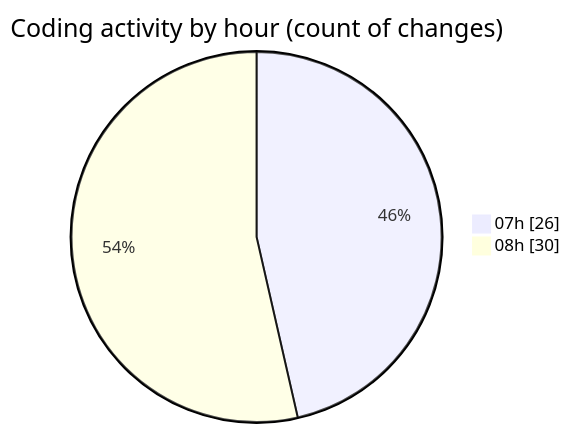
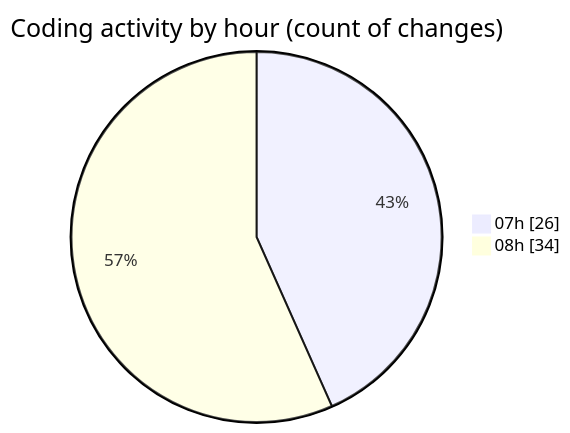
One commit to vahidmafi/code-tracking changed the second of 2 diagrams in 2025-10-04/shop/README.md. Above: the diagram before and after it, drawn with Mermaid. The commit also changed other lines of this file and 1 other file, not shown here.

````diff
--- a/2025-10-04/shop/README.md
+++ b/2025-10-04/shop/README.md
@@ -45,6 +45,6 @@
 ```mermaid
 pie showData
 title Coding activity by hour (count of changes)
 "07h" : 26
-"08h" : 30
+"08h" : 34
 ```
````
